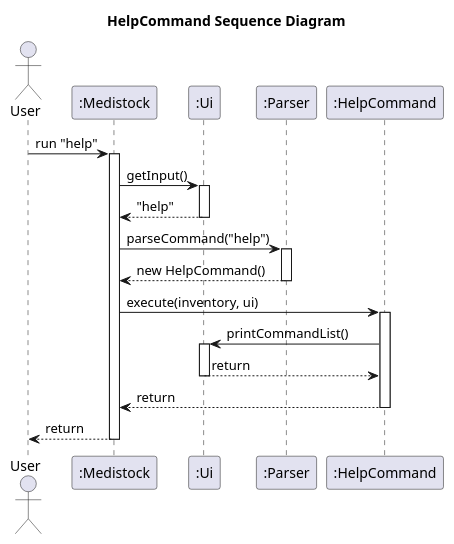
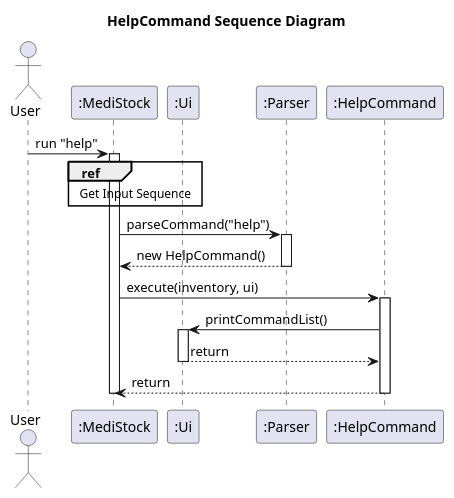
One commit to Yonish18/tp changed the diagram in docs/uml/HelpCommandSequenceDiagram.puml. Above: the diagram before and after it, drawn with PlantUML. The commit also changed 25 other files, not shown here.

First line of the commit message:
Updated DG to correct sequence diagrams.

```diff
--- a/docs/uml/HelpCommandSequenceDiagram.puml
+++ b/docs/uml/HelpCommandSequenceDiagram.puml
@@ -1,36 +1,33 @@
 @startuml
 title HelpCommand Sequence Diagram
 
 actor User
-participant ":Medistock" as App
+participant ":MediStock" as App
 participant ":Ui" as Ui
 participant ":Parser" as Parser
 participant ":HelpCommand" as HelpCommand
 
 User -> App : run "help"
 activate App
-
-App -> Ui : getInput()
-activate Ui
-Ui --> App : "help"
-deactivate Ui
+ref over App, Ui
+    Get Input Sequence
+end
 
 App -> Parser : parseCommand("help")
 activate Parser
 Parser --> App : new HelpCommand()
 deactivate Parser
 
 App -> HelpCommand : execute(inventory, ui)
 activate HelpCommand
 
 HelpCommand -> Ui : printCommandList()
 activate Ui
 Ui --> HelpCommand : return
 deactivate Ui
 
 HelpCommand --> App : return
 deactivate HelpCommand
 
-App --> User : return
 deactivate App
 @enduml
```
